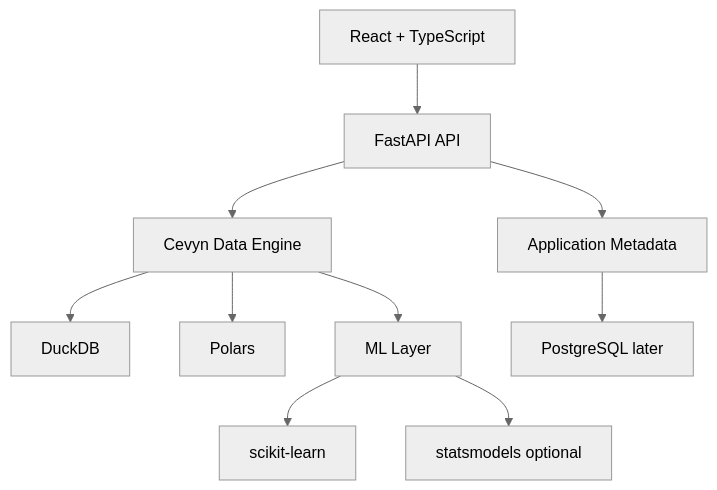
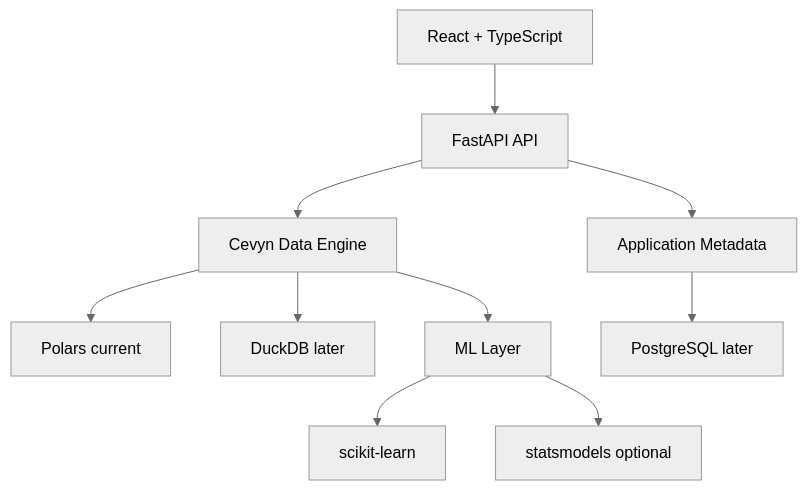
The second of 8 diagrams in docs/ARCHITECTURE.md (gabrieljonathanabebe/AXIS), drawn with Mermaid (neutral theme) before and after one commit. The commit also changed other lines of this file and 4 other files, not shown here.

````diff
--- a/docs/ARCHITECTURE.md
+++ b/docs/ARCHITECTURE.md
@@ -139,18 +141,18 @@
 ```mermaid
 flowchart TB
     UI[React + TypeScript]
 
     UI --> API[FastAPI API]
 
     API --> Engine[Cevyn Data Engine]
 
-    Engine --> DuckDB[DuckDB]
-    Engine --> Polars[Polars]
+    Engine --> Polars[Polars current]
+    Engine --> DuckDB[DuckDB later]
     Engine --> ML[ML Layer]
 
     ML --> SK[scikit-learn]
     ML --> Stats[statsmodels optional]
 
     API --> Metadata[Application Metadata]
     Metadata --> Postgres[PostgreSQL later]
 ```
````
